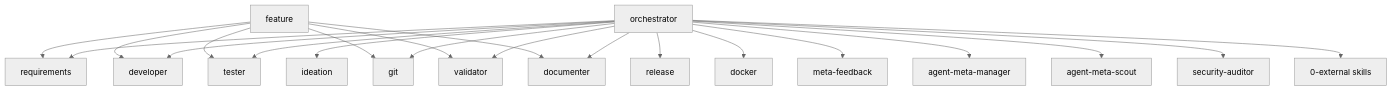
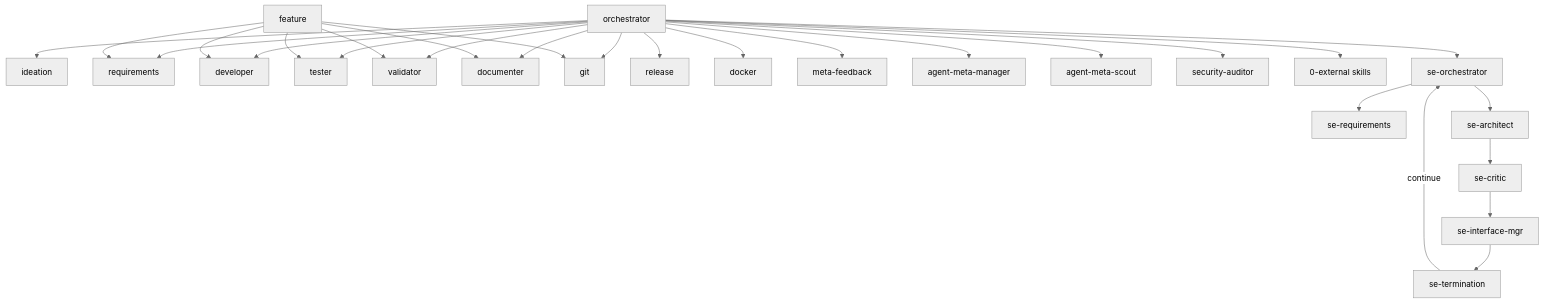
The diagram in docs/architecture/03-agent-roles.md (Popoboxxo/agent-meta), drawn with Mermaid (neutral theme) before and after one commit. The commit also changed other lines of this file and 3 other files, not shown here.

Commit message:
docs: update CODEBASE_OVERVIEW and ARCHITECTURE for SE cascade

````diff
--- a/docs/architecture/03-agent-roles.md
+++ b/docs/architecture/03-agent-roles.md
@@ -5,25 +5,32 @@
 ```mermaid
 graph TD
     ORC[orchestrator]
     FEA[feature]
     ORC --> IDE[ideation]
     ORC --> REQ[requirements]
     ORC --> DEV[developer]
     ORC --> TST[tester]
     ORC --> VAL[validator]
     ORC --> DOC[documenter]
     ORC --> GIT[git]
     ORC --> REL[release]
     ORC --> DOK[docker]
     ORC --> MFB[meta-feedback]
     ORC --> AMM[agent-meta-manager]
     ORC --> AMS[agent-meta-scout]
     ORC --> SEC[security-auditor]
     ORC --> EXT[0-external skills]
+    ORC --> SE_ORCH[se-orchestrator]
+    SE_ORCH --> SE_REQ[se-requirements]
+    SE_ORCH --> SE_ARCH[se-architect]
+    SE_ARCH --> SE_CRIT[se-critic]
+    SE_CRIT --> SE_IFM[se-interface-mgr]
+    SE_IFM --> SE_TERM[se-termination]
+    SE_TERM -->|continue| SE_ORCH
     FEA --> GIT
     FEA --> REQ
     FEA --> TST
     FEA --> DEV
     FEA --> VAL
     FEA --> DOC
 ```
````
